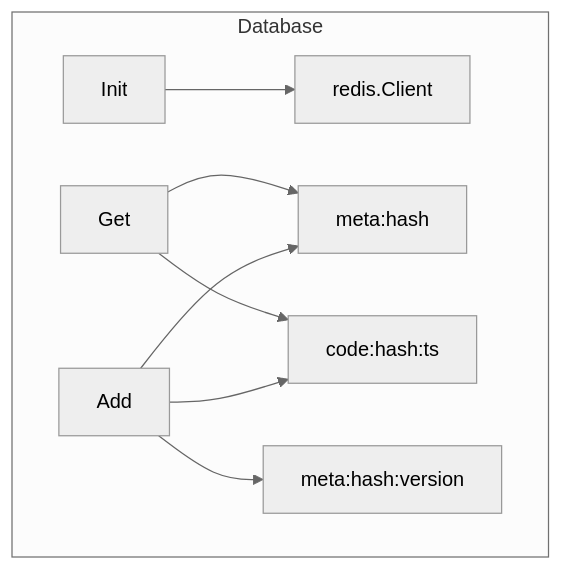
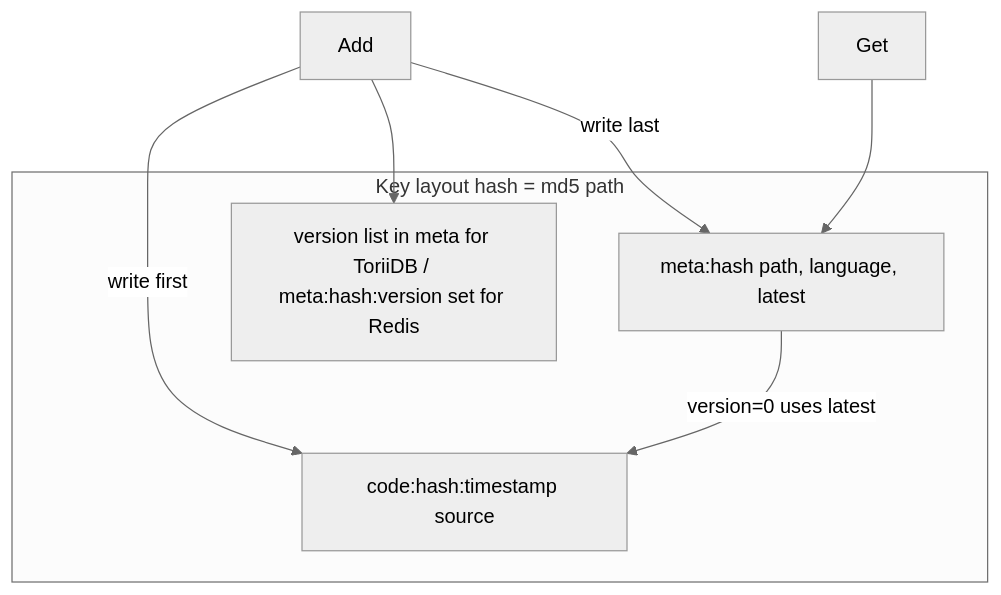
The sixth of 10 diagrams in doc/architecture.md (pardnchiu/HakoRun), drawn with Mermaid (neutral theme) before and after one commit. The commit also changed other lines of this file and 17 other files, not shown here.

````diff
--- a/doc/architecture.md
+++ b/doc/architecture.md
@@ -56,11 +124,13 @@
 ```mermaid
 graph TB
-    subgraph Database
-        Init[Init] --> RDB[redis.Client]
-        Add[Add] --> Meta[meta:hash]
-        Add --> Code[code:hash:ts]
-        Add --> Versions[meta:hash:version]
-        Get[Get] --> Meta
-        Get --> Code
+    subgraph Keys[Key layout hash = md5 path]
+        Meta[meta:hash path, language, latest]
+        Code[code:hash:timestamp source]
+        Versions[version list in meta for ToriiDB / meta:hash:version set for Redis]
     end
+    Add[Add] -->|write first| Code
+    Add -->|write last| Meta
+    Add --> Versions
+    Get[Get] --> Meta
+    Meta -->|version=0 uses latest| Code
 ```
````
